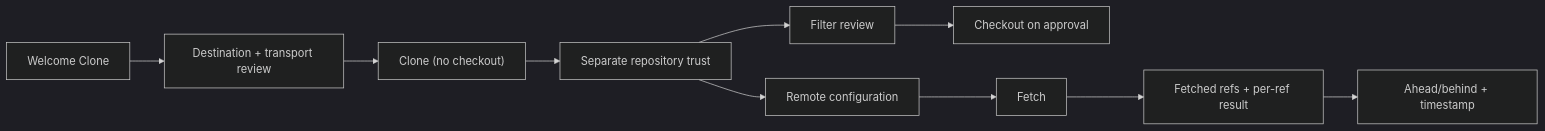
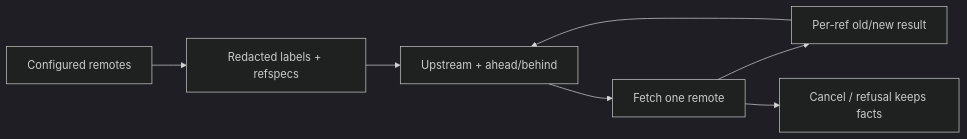
One commit to partnernetsoftware/minicon-srcmgr changed the diagram in plan/plan-0.0.7.md. Above: the diagram before and after it, drawn with Mermaid (dark theme). The commit also changed other lines of this file and 11 other files, not shown here.

````diff
--- a/plan/plan-0.0.7.md
+++ b/plan/plan-0.0.7.md
@@ -27,8 +23,9 @@
 ```mermaid
 flowchart LR
-    W["Welcome Clone"] --> V["Destination + transport review"] --> C["Clone (no checkout)"]
-    C --> T["Separate repository trust"] --> F["Filter review"] --> K["Checkout on approval"]
-    T --> R["Remote configuration"] --> X["Fetch"]
-    X --> O["Fetched refs + per-ref result"]
-    O --> A["Ahead/behind + timestamp"]
+    R["Configured remotes"] --> D["Redacted labels + refspecs"]
+    D --> T["Upstream + ahead/behind"]
+    T --> X["Fetch one remote"]
+    X --> O["Per-ref old/new result"]
+    O --> T
+    X --> C["Cancel / refusal keeps facts"]
 ```
````
